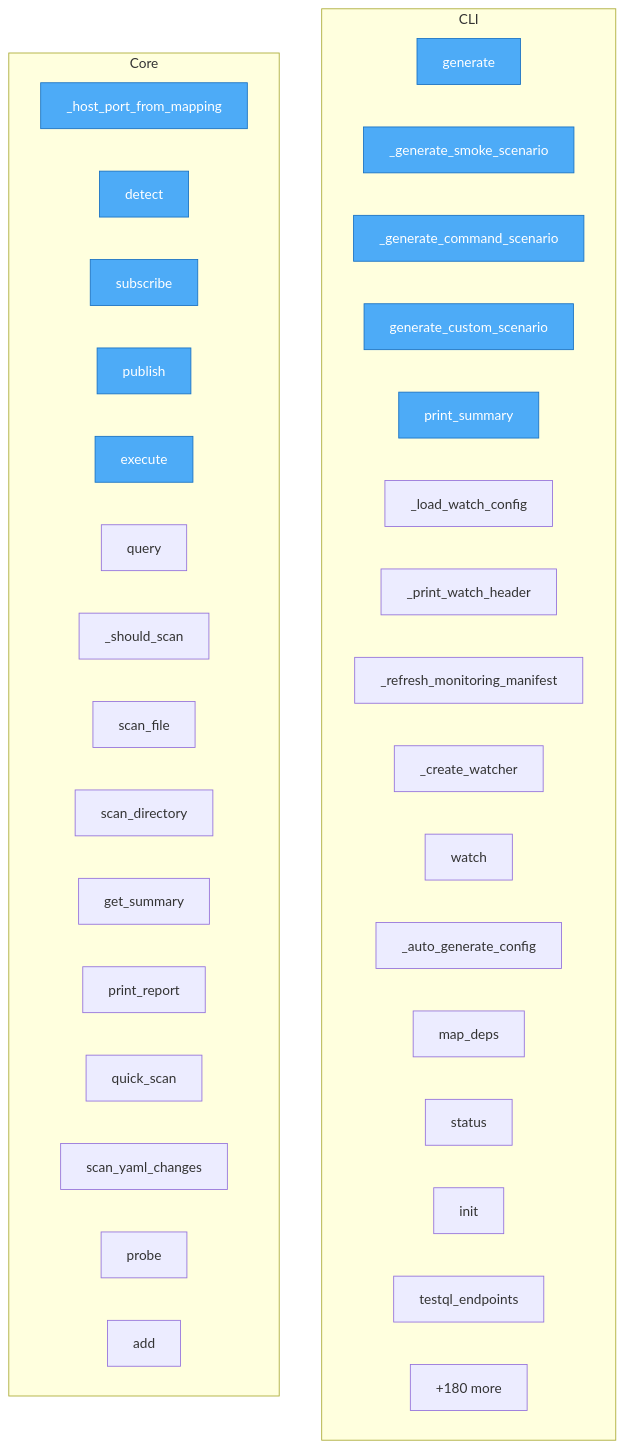
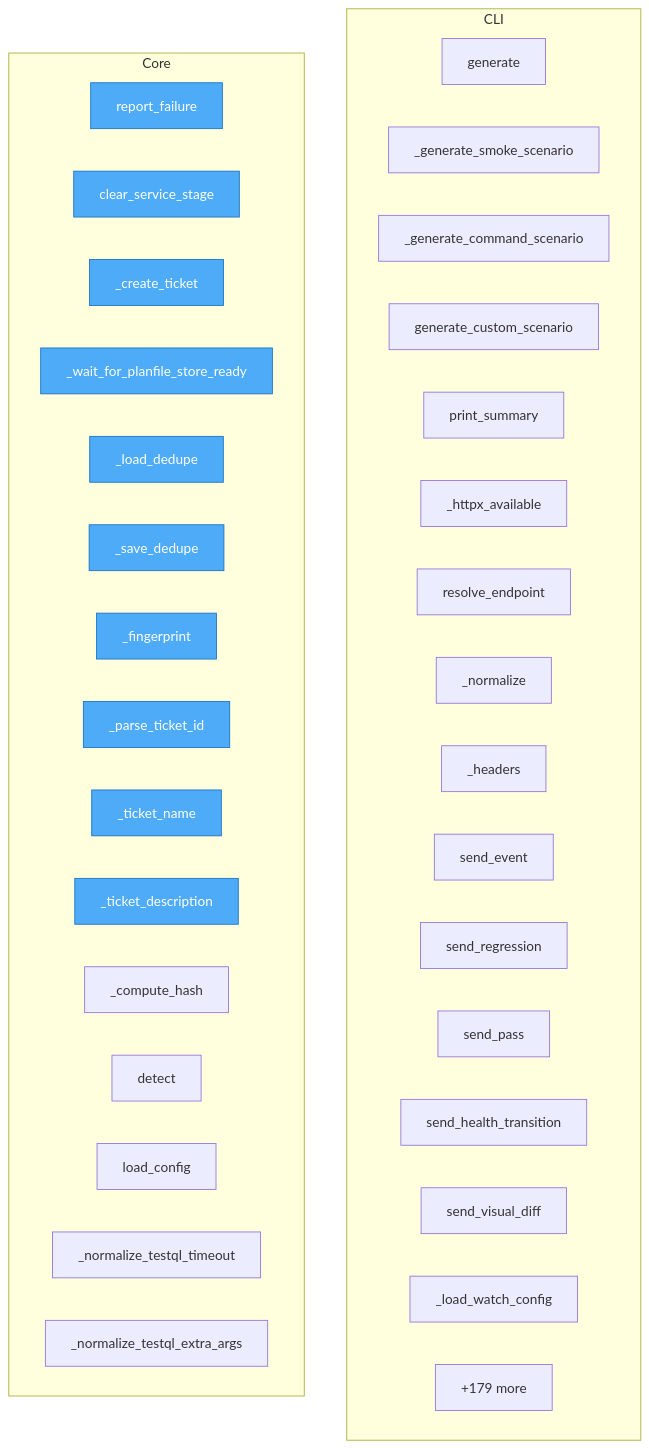
One commit to semcod/wup changed the diagram in project/flow.mmd. Above: the diagram before and after it, drawn with Mermaid. The commit also changed 33 other files, not shown here.

```diff
--- a/project/flow.mmd
+++ b/project/flow.mmd
@@ -1,45 +1,45 @@
 flowchart TD
 %% generated in 0.01s
 
     %% Entry points (blue)
     classDef entry fill:#4dabf7,stroke:#1971c2,color:#fff
 
     subgraph CLI
         wup__testql_cli_generator__TestQLCLIGenerator__generate["generate"]
         wup__testql_cli_generator__TestQLCLIGenerator___generate_smoke_scenario["_generate_smoke_scenario"]
         wup__testql_cli_generator__TestQLCLIGenerator___generate_command_scenario["_generate_command_scenario"]
         wup__testql_cli_generator__TestQLCLIGenerator__generate_custom_scenario["generate_custom_scenario"]
         wup__testql_cli_generator__TestQLCLIGenerator__print_summary["print_summary"]
+        wup__web_client___httpx_available["_httpx_available"]
+        wup__web_client__resolve_endpoint["resolve_endpoint"]
+        wup__web_client___normalize["_normalize"]
+        wup__web_client__WebClient___headers["_headers"]
+        wup__web_client__WebClient__send_event["send_event"]
+        wup__web_client__WebClient__send_regression["send_regression"]
+        wup__web_client__WebClient__send_pass["send_pass"]
+        wup__web_client__WebClient__send_health_transition["send_health_transition"]
+        wup__web_client__WebClient__send_visual_diff["send_visual_diff"]
         wup__cli___load_watch_config["_load_watch_config"]
-        wup__cli___print_watch_header["_print_watch_header"]
-        wup__cli___refresh_monitoring_manifest["_refresh_monitoring_manifest"]
-        wup__cli___create_watcher["_create_watcher"]
-        wup__cli__watch["watch"]
-        wup__cli___auto_generate_config["_auto_generate_config"]
-        wup__cli__map_deps["map_deps"]
-        wup__cli__status["status"]
-        wup__cli__init["init"]
-        wup__cli__testql_endpoints["testql_endpoints"]
         ...["+29 more"]
     end
 
     subgraph Core
-        wup__monitoring_manifest___host_port_from_mapping["_host_port_from_mapping"]
-        wup___base_detector__BaseDetector__detect["detect"]
-        wup__bus__EventBus__subscribe["subscribe"]
-        wup__bus__EventBus__publish["publish"]
-        wup__bus__EventBus__execute["execute"]
-        wup__bus__EventBus__query["query"]
-        wup__anomaly_detector__AnomalyDetector___should_scan["_should_scan"]
-        wup__anomaly_detector__AnomalyDetector__scan_file["scan_file"]
-        wup__anomaly_detector__AnomalyDetector__scan_directory["scan_directory"]
-        wup__anomaly_detector__AnomalyDetector__get_summary["get_summary"]
-        wup__anomaly_detector__AnomalyDetector__print_report["print_report"]
-        wup__anomaly_detector__quick_scan["quick_scan"]
-        wup__anomaly_detector__scan_yaml_changes["scan_yaml_changes"]
-        wup__testql_monitor__ProbeTarget__probe["probe"]
-        wup__testql_monitor___ProbeAccumulator__add["add"]
-        ...["+180 more"]
+        wup__planfile_reporter__PlanfileReporter__report_failure["report_failure"]
+        wup__planfile_reporter__PlanfileReporter__clear_service_stage["clear_service_stage"]
+        wup__planfile_reporter__PlanfileReporter___create_ticket["_create_ticket"]
+        wup__planfile_reporter__PlanfileReporter___wait_for_planfile_store_ready["_wait_for_planfile_store_ready"]
+        wup__planfile_reporter__PlanfileReporter___load_dedupe["_load_dedupe"]
+        wup__planfile_reporter__PlanfileReporter___save_dedupe["_save_dedupe"]
+        wup__planfile_reporter__PlanfileReporter___fingerprint["_fingerprint"]
+        wup__planfile_reporter__PlanfileReporter___parse_ticket_id["_parse_ticket_id"]
+        wup__planfile_reporter__PlanfileReporter___ticket_name["_ticket_name"]
+        wup__planfile_reporter__PlanfileReporter___ticket_description["_ticket_description"]
+        wup___hash_detector__HashDetector___compute_hash["_compute_hash"]
+        wup___hash_detector__HashDetector__detect["detect"]
+        wup__config__load_config["load_config"]
+        wup__config___normalize_testql_timeout["_normalize_testql_timeout"]
+        wup__config___normalize_testql_extra_args["_normalize_testql_extra_args"]
+        ...["+179 more"]
     end
 
-    class wup__testql_cli_generator__TestQLCLIGenerator__generate,wup__testql_cli_generator__TestQLCLIGenerator___generate_smoke_scenario,wup__testql_cli_generator__TestQLCLIGenerator___generate_command_scenario,wup__testql_cli_generator__TestQLCLIGenerator__generate_custom_scenario,wup__testql_cli_generator__TestQLCLIGenerator__print_summary,wup__monitoring_manifest___host_port_from_mapping,wup___base_detector__BaseDetector__detect,wup__bus__EventBus__subscribe,wup__bus__EventBus__publish,wup__bus__EventBus__execute entry
+    class wup__planfile_reporter__PlanfileReporter__report_failure,wup__planfile_reporter__PlanfileReporter__clear_service_stage,wup__planfile_reporter__PlanfileReporter___create_ticket,wup__planfile_reporter__PlanfileReporter___wait_for_planfile_store_ready,wup__planfile_reporter__PlanfileReporter___load_dedupe,wup__planfile_reporter__PlanfileReporter___save_dedupe,wup__planfile_reporter__PlanfileReporter___fingerprint,wup__planfile_reporter__PlanfileReporter___parse_ticket_id,wup__planfile_reporter__PlanfileReporter___ticket_name,wup__planfile_reporter__PlanfileReporter___ticket_description entry
```
